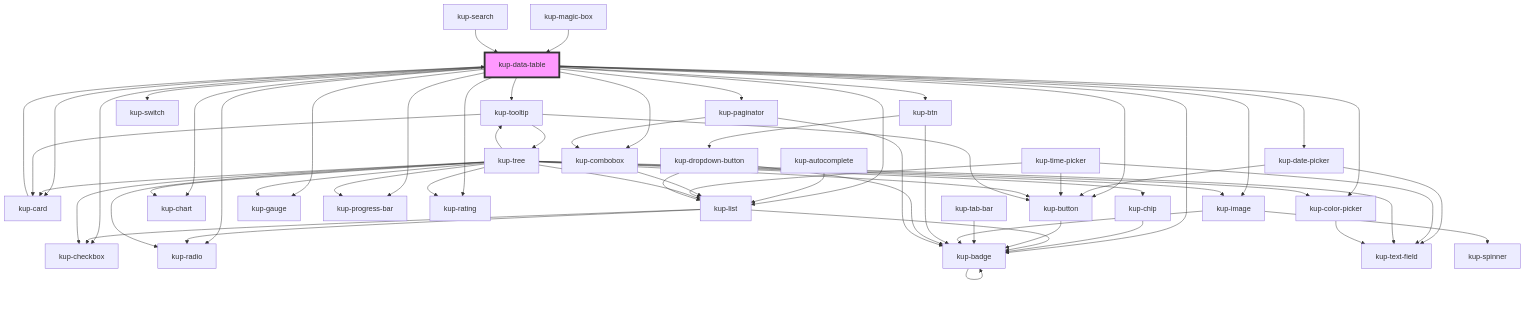
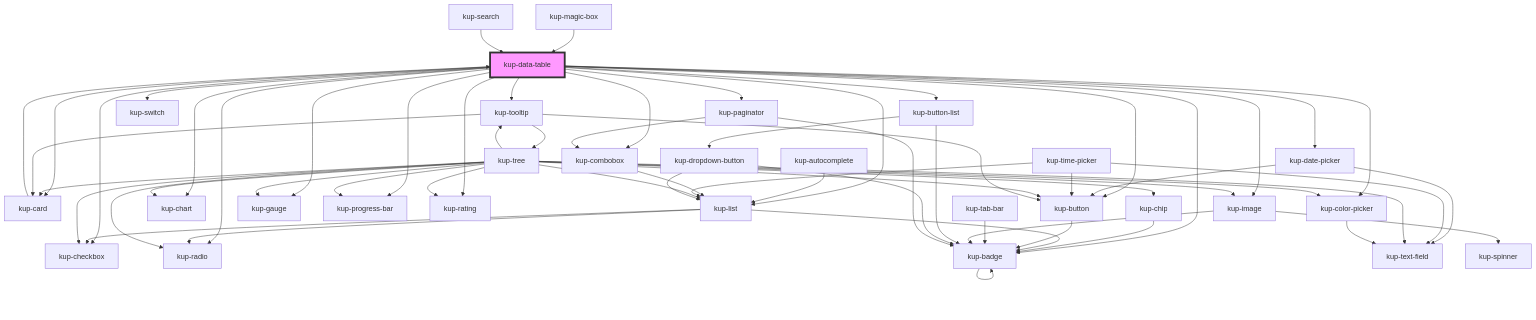
Before and after one commit to smeup/ketchup: the diagram in packages/ketchup/src/components/kup-data-table/readme.md, drawn with Mermaid. The commit also changed other lines of this file and 36 other files, not shown here.

Commit message:
Refactor kup-btn to kup-button-list

````diff
--- a/packages/ketchup/src/components/kup-data-table/readme.md
+++ b/packages/ketchup/src/components/kup-data-table/readme.md
@@ -250,65 +250,65 @@
 ```mermaid
 graph TD;
   kup-data-table --> kup-card
   kup-data-table --> kup-checkbox
   kup-data-table --> kup-tooltip
   kup-data-table --> kup-list
   kup-data-table --> kup-date-picker
   kup-data-table --> kup-image
   kup-data-table --> kup-button
-  kup-data-table --> kup-btn
+  kup-data-table --> kup-button-list
   kup-data-table --> kup-chart
   kup-data-table --> kup-color-picker
   kup-data-table --> kup-gauge
   kup-data-table --> kup-progress-bar
   kup-data-table --> kup-rating
   kup-data-table --> kup-radio
   kup-data-table --> kup-paginator
   kup-data-table --> kup-switch
   kup-data-table --> kup-combobox
   kup-data-table --> kup-badge
   kup-card --> kup-data-table
   kup-chip --> kup-badge
   kup-badge --> kup-badge
   kup-autocomplete --> kup-list
   kup-list --> kup-radio
   kup-list --> kup-checkbox
   kup-list --> kup-badge
   kup-button --> kup-badge
   kup-combobox --> kup-list
   kup-date-picker --> kup-text-field
   kup-date-picker --> kup-button
   kup-time-picker --> kup-text-field
   kup-time-picker --> kup-button
   kup-time-picker --> kup-list
   kup-tab-bar --> kup-badge
   kup-tree --> kup-image
   kup-tree --> kup-button
   kup-tree --> kup-chart
   kup-tree --> kup-checkbox
   kup-tree --> kup-chip
   kup-tree --> kup-color-picker
   kup-tree --> kup-gauge
   kup-tree --> kup-progress-bar
   kup-tree --> kup-rating
   kup-tree --> kup-radio
   kup-tree --> kup-tooltip
   kup-tree --> kup-list
   kup-tree --> kup-text-field
   kup-tree --> kup-card
   kup-image --> kup-spinner
   kup-image --> kup-badge
   kup-color-picker --> kup-text-field
   kup-tooltip --> kup-button
   kup-tooltip --> kup-card
   kup-tooltip --> kup-tree
-  kup-btn --> kup-dropdown-button
-  kup-btn --> kup-badge
+  kup-button-list --> kup-dropdown-button
+  kup-button-list --> kup-badge
   kup-dropdown-button --> kup-list
   kup-dropdown-button --> kup-badge
   kup-paginator --> kup-combobox
   kup-paginator --> kup-badge
   kup-magic-box --> kup-data-table
   kup-search --> kup-data-table
   style kup-data-table fill:#f9f,stroke:#333,stroke-width:4px
 ```
````
